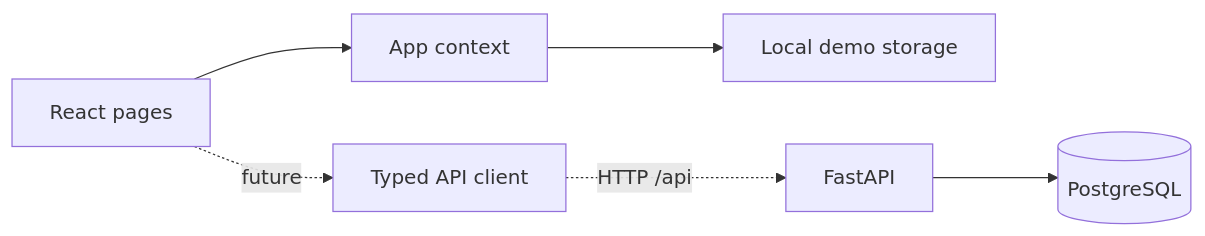
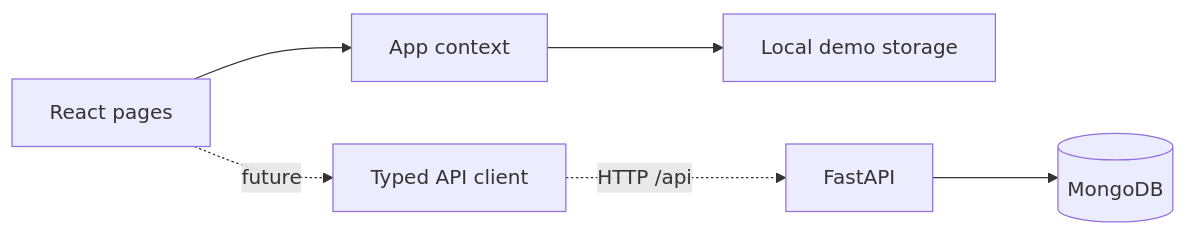
One commit to KibouAkari/LifeOrbit changed the diagram in docs/REACT_ARCHITECTURE.md. Above: the diagram before and after it, drawn with Mermaid. The commit also changed other lines of this file and 4 other files, not shown here.

````diff
--- a/docs/REACT_ARCHITECTURE.md
+++ b/docs/REACT_ARCHITECTURE.md
@@ -33,8 +33,8 @@
 ```mermaid
 flowchart LR
   UI[React pages] --> State[App context]
   State --> Demo[Local demo storage]
   UI -. future .-> API[Typed API client]
   API -. HTTP /api .-> Python[FastAPI]
-  Python --> DB[(PostgreSQL)]
+  Python --> DB[(MongoDB)]
 ```
````
